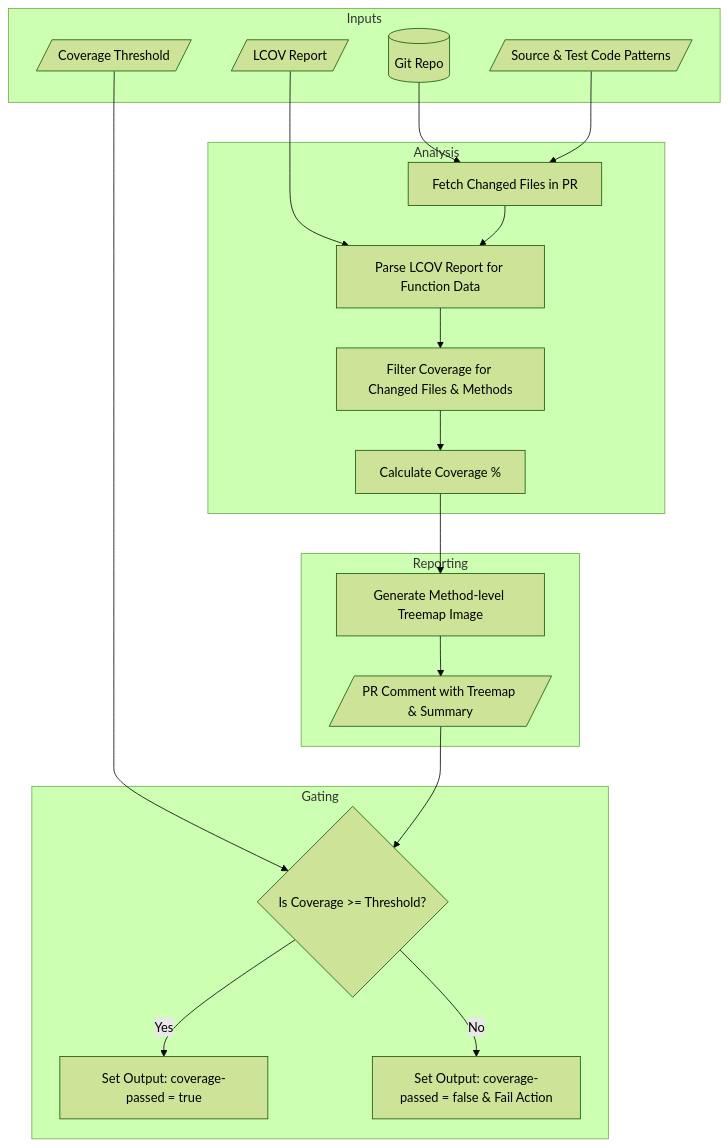
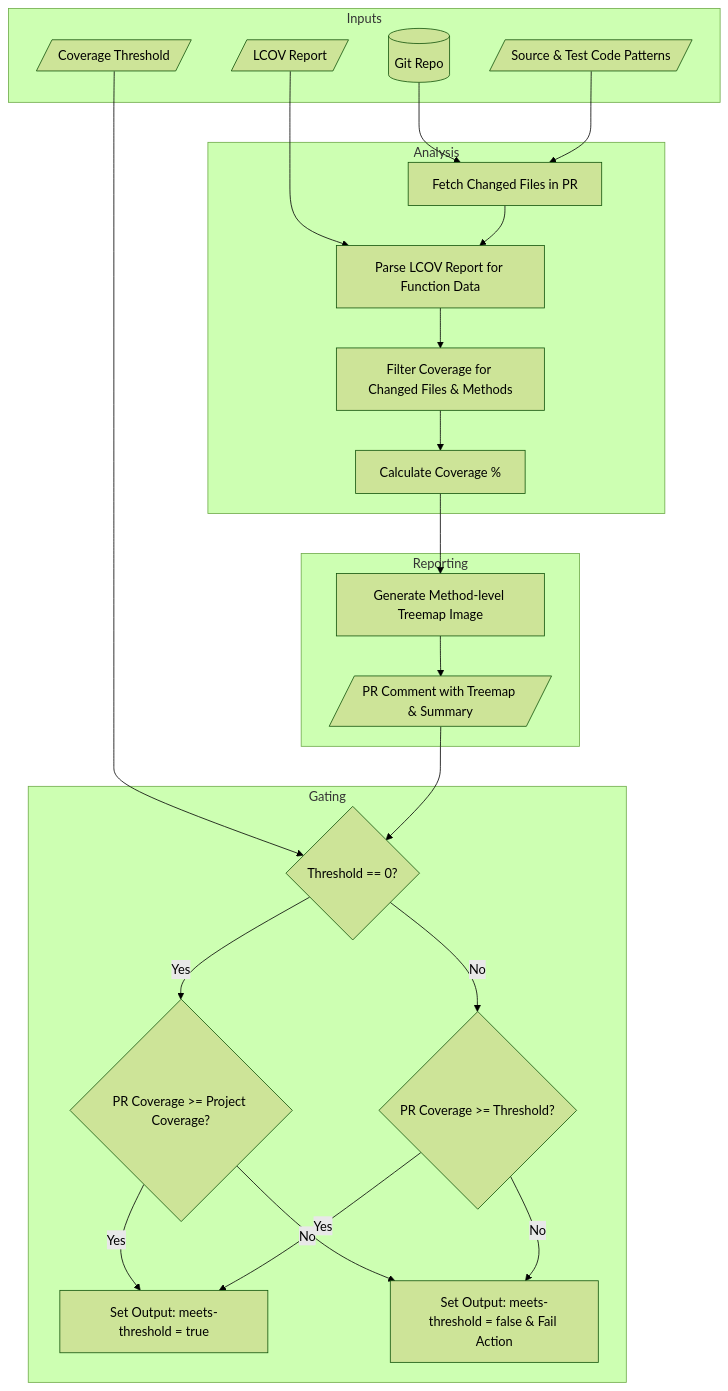
Before and after one commit to maxbirkner/coveragemap: the diagram in README.md, drawn with Mermaid (forest theme). The commit also changed other lines of this file and 8 other files, not shown here.

````diff
--- a/README.md
+++ b/README.md
@@ -100,35 +125,41 @@
 ```mermaid
 flowchart TD
   subgraph Inputs
     A1[/LCOV Report/]
     A2[/Coverage Threshold/]
     A3[(Git Repo)]
     A4[/Source & Test Code Patterns/]
   end
 
   subgraph Analysis
     B[Fetch Changed Files in PR]
     C[Parse LCOV Report for Function Data]
     D[Filter Coverage for Changed Files & Methods]
     E[Calculate Coverage %]
   end
 
   subgraph Reporting
     F[Generate Method-level Treemap Image]
     G[/PR Comment with Treemap & Summary/]
   end
 
   subgraph Gating
-    H{Is Coverage >= Threshold?}
-    I[Set Output: coverage-passed = true]
-    J[Set Output: coverage-passed = false & Fail Action]
+    H{PR Coverage >= Threshold?}
+    H1{Threshold == 0?}
+    H2{PR Coverage >= Project Coverage?}
+    I[Set Output: meets-threshold = true]
+    J[Set Output: meets-threshold = false & Fail Action]
   end
 
   A1 --> C
-  A2 --> H
+  A2 --> H1
   A3 --> B
   A4 --> B
-  B --> C --> D --> E --> F --> G --> H
+  B --> C --> D --> E --> F --> G --> H1
+  H1 -- Yes --> H2
+  H1 -- No --> H
+  H2 -- Yes --> I
+  H2 -- No --> J
   H -- Yes --> I
   H -- No --> J
 ```
````
